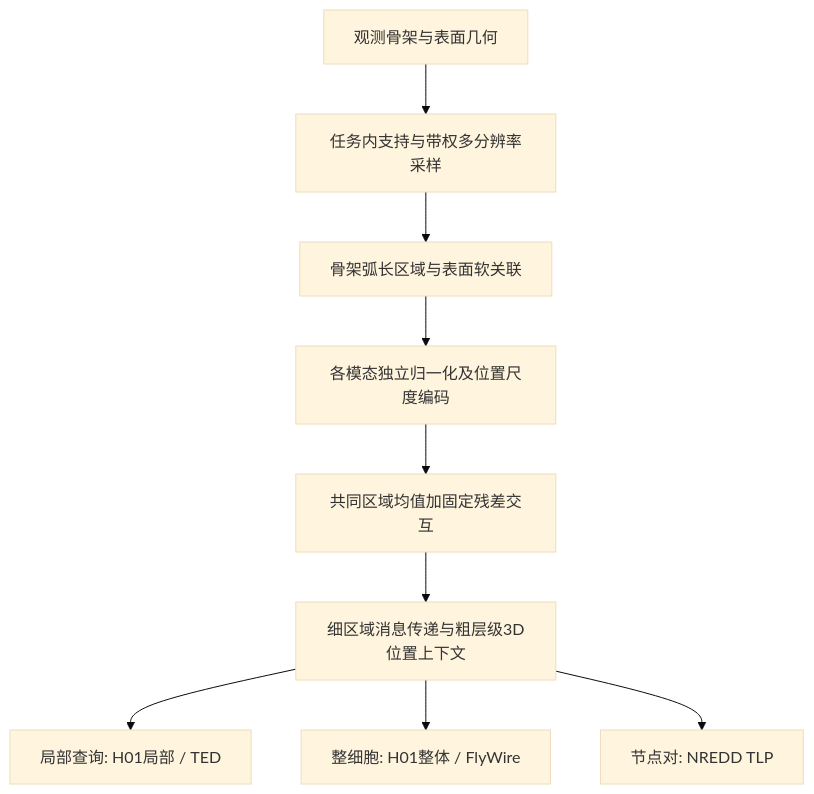
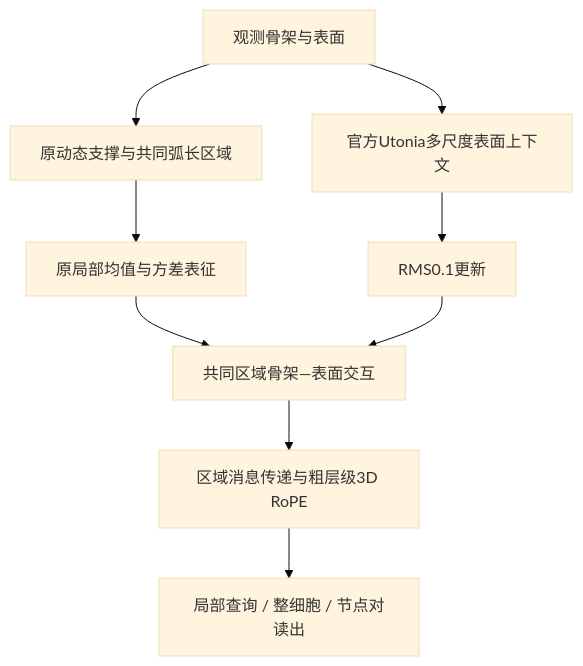
Before and after one commit to QIcita/CRSS: the diagram in README.md, drawn with Mermaid (base theme). The commit also changed other lines of this file and 507 other files, not shown here.

Commit message:
Publish frozen R9 architecture, verified H01 results and three-task training snapshot

````diff
--- a/README.md
+++ b/README.md
@@ -19,11 +29,11 @@
 ```mermaid
 flowchart TD
-  A[观测骨架与表面几何] --> B[任务内支持与带权多分辨率采样]
-  B --> C[骨架弧长区域与表面软关联]
-  C --> D[各模态独立归一化及位置尺度编码]
-  D --> E[共同区域均值加固定残差交互]
-  E --> F[细区域消息传递与粗层级3D位置上下文]
-  F --> G[局部查询: H01局部 / TED]
-  F --> H[整细胞: H01整体 / FlyWire]
-  F --> I[节点对: NREDD TLP]
+  A[观测骨架与表面] --> B[原动态支撑与共同弧长区域]
+  A --> U[官方Utonia多尺度表面上下文]
+  B --> L[原局部均值与方差表征]
+  U --> R[RMS0.1更新]
+  L --> J[共同区域骨架—表面交互]
+  R --> J
+  J --> C[区域消息传递与粗层级3D RoPE]
+  C --> O[局部查询 / 整细胞 / 节点对读出]
 ```
````
